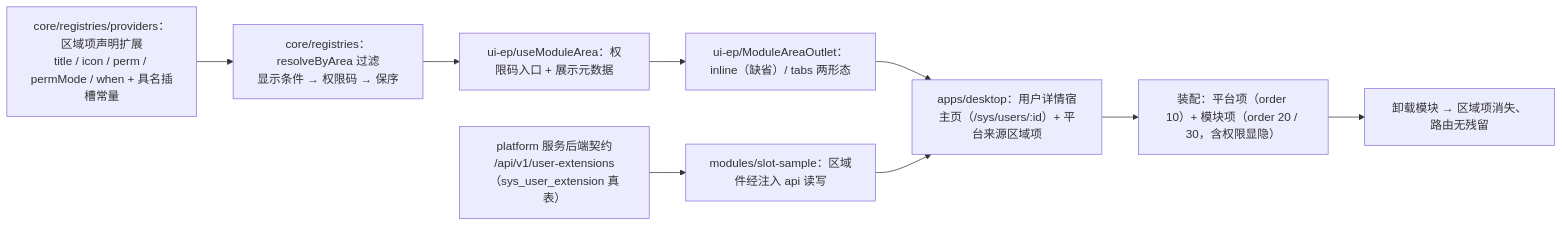
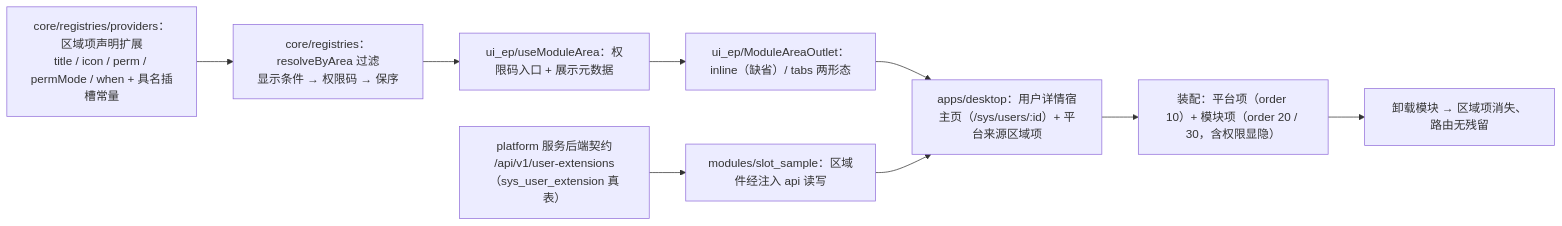
The diagram in bms文档/项目/05_前端插件化/任务/06_具名插槽与插件挂接/06_具名插槽与插件挂接_01_具名插槽基座功能与前后端配套插件/实施/01_实施_06_具名插槽与插件挂接_01_具名插槽基座功能与前后端配套插件.md (minjian123/basic-management-system), drawn with Mermaid before and after one commit. The commit also changed other lines of this file and 919 other files, not shown here.

````diff
--- a/bms文档/项目/05_前端插件化/任务/06_具名插槽与插件挂接/06_具名插槽与插件挂接_01_具名插槽基座功能与前后端配套插件/实施/01_实施_06_具名插槽与插件挂接_01_具名插槽基座功能与前后端配套插件.md
+++ b/bms文档/项目/05_前端插件化/任务/06_具名插槽与插件挂接/06_具名插槽与插件挂接_01_具名插槽基座功能与前后端配套插件/实施/01_实施_06_具名插槽与插件挂接_01_具名插槽基座功能与前后端配套插件.md
@@ -22,11 +22,11 @@
 ```mermaid
 flowchart LR
     A["core/registries/providers：区域项声明扩展<br/>title / icon / perm / permMode / when + 具名插槽常量"] --> B["core/registries：resolveByArea 过滤<br/>显示条件 → 权限码 → 保序"]
-    B --> C["ui-ep/useModuleArea：权限码入口 + 展示元数据"]
-    C --> D["ui-ep/ModuleAreaOutlet：inline（缺省）/ tabs 两形态"]
-    E["platform 服务后端契约<br/>/api/v1/user-extensions（sys_user_extension 真表）"] --> F["modules/slot-sample：区域件经注入 api 读写"]
+    B --> C["ui_ep/useModuleArea：权限码入口 + 展示元数据"]
+    C --> D["ui_ep/ModuleAreaOutlet：inline（缺省）/ tabs 两形态"]
+    E["platform 服务后端契约<br/>/api/v1/user-extensions（sys_user_extension 真表）"] --> F["modules/slot_sample：区域件经注入 api 读写"]
     D --> G["apps/desktop：用户详情宿主页（/sys/users/:id）+ 平台来源区域项"]
     F --> G
     G --> H["装配：平台项（order 10）+ 模块项（order 20 / 30，含权限显隐）"]
     H --> I["卸载模块 → 区域项消失、路由无残留"]
 ```
````
